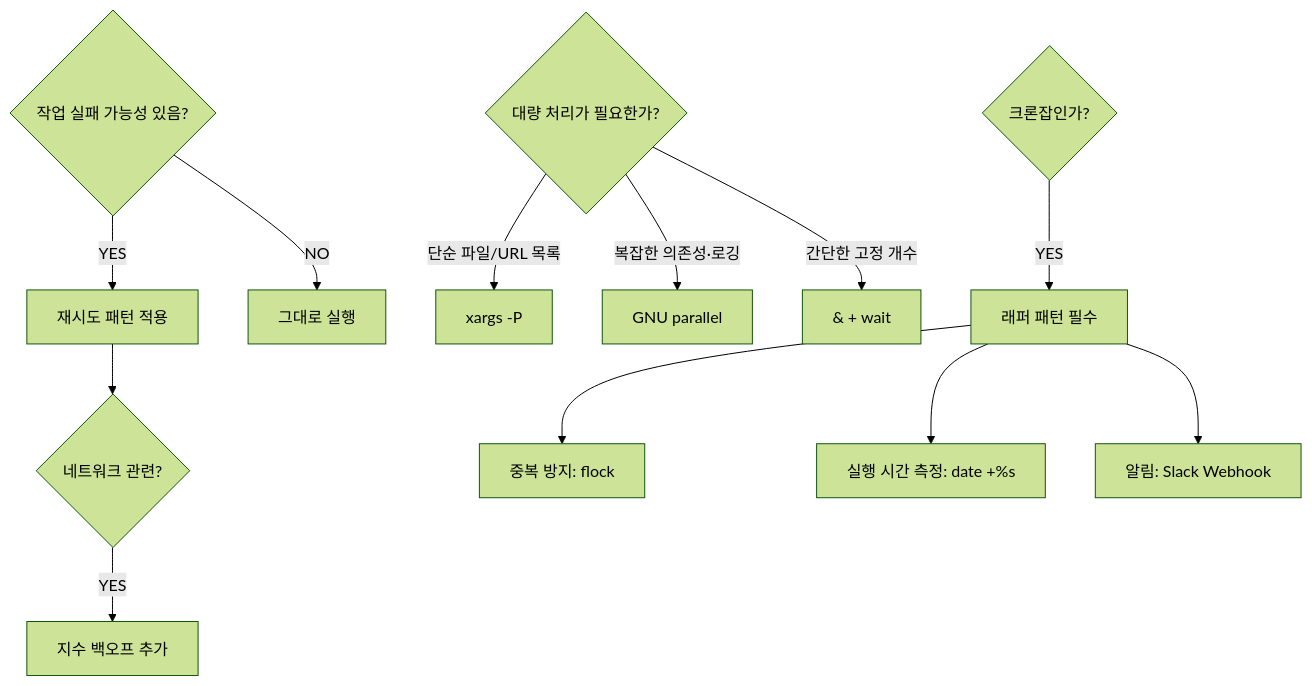
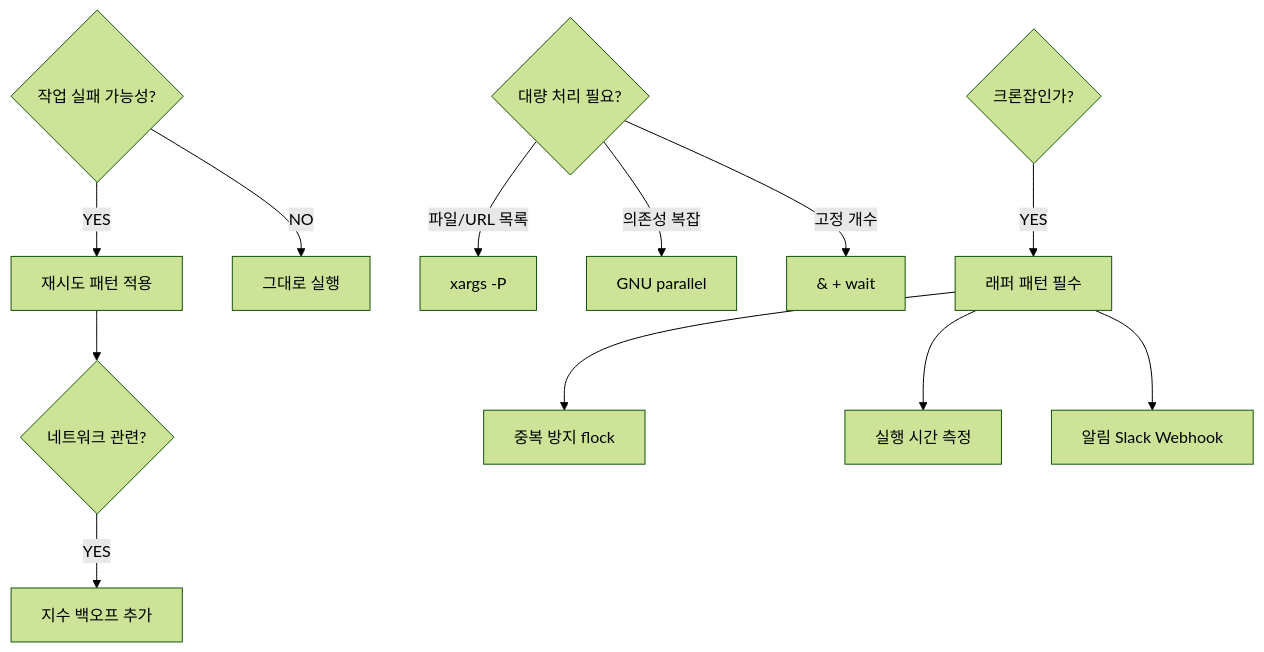
One commit to moonblueblue/devops-wiki changed the diagram in content/linux/shell-automation/automation-patterns.md. Above: the diagram before and after it, drawn with Mermaid (forest theme).

Commit message:
style: shell-automation 섹션 Mermaid 노드 라벨 규칙 적용
- automation-patterns.md: 패턴 선택 가이드 decision 노드 라벨 단축,
  edge 라벨 중점·콜론 제거

````diff
--- a/content/linux/shell-automation/automation-patterns.md
+++ b/content/linux/shell-automation/automation-patterns.md
@@ -976,19 +976,19 @@
 ```mermaid
 graph TD
-    Q1{"작업 실패 가능성 있음?"}
+    Q1{"작업 실패 가능성?"}
     Q1 -->|YES| R1["재시도 패턴 적용"]
     R1 --> Q2{"네트워크 관련?"}
     Q2 -->|YES| BO["지수 백오프 추가"]
     Q1 -->|NO| DIRECT["그대로 실행"]
 
-    Q3{"대량 처리가 필요한가?"}
-    Q3 -->|"단순 파일/URL 목록"| XP["xargs -P"]
-    Q3 -->|"복잡한 의존성·로깅"| GP["GNU parallel"]
-    Q3 -->|"간단한 고정 개수"| BG["& + wait"]
+    Q3{"대량 처리 필요?"}
+    Q3 -->|"파일/URL 목록"| XP["xargs -P"]
+    Q3 -->|"의존성 복잡"| GP["GNU parallel"]
+    Q3 -->|"고정 개수"| BG["& + wait"]
 
     Q4{"크론잡인가?"}
     Q4 -->|YES| WR["래퍼 패턴 필수"]
-    WR --> FL["중복 방지: flock"]
-    WR --> DT["실행 시간 측정: date +%s"]
-    WR --> AL["알림: Slack Webhook"]
+    WR --> FL["중복 방지 flock"]
+    WR --> DT["실행 시간 측정"]
+    WR --> AL["알림 Slack Webhook"]
 ```
````
